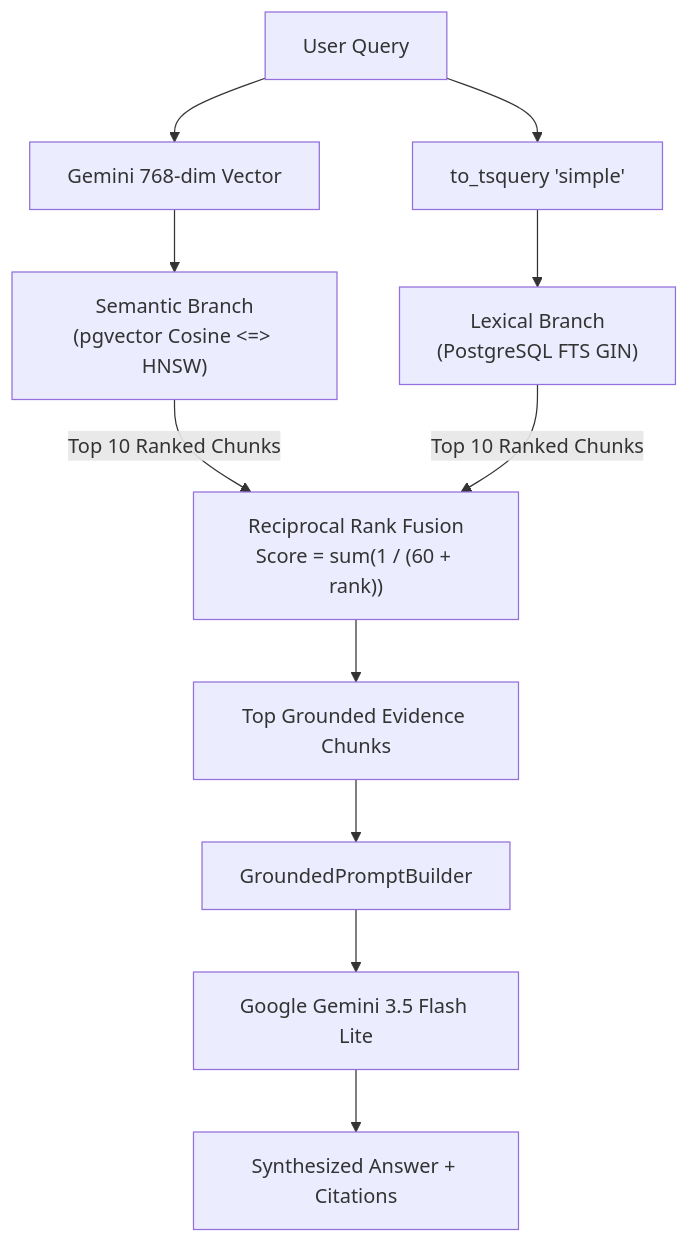
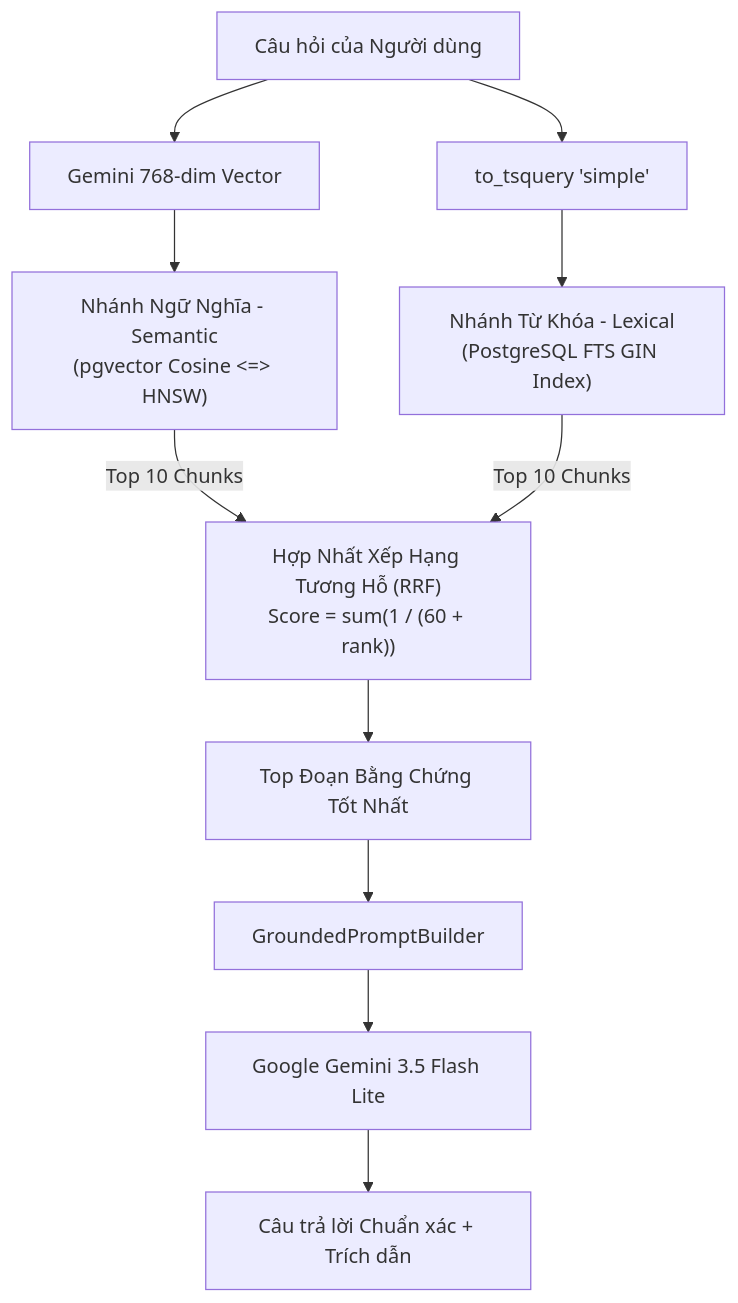
The fourth of 4 diagrams in docs/02_technical_reference/TECHNICAL_REFERENCE.md (dbp3206-source/group_sync), drawn with Mermaid before and after one commit. The commit also changed other lines of this file and 8 other files, not shown here.

````diff
--- a/docs/02_technical_reference/TECHNICAL_REFERENCE.md
+++ b/docs/02_technical_reference/TECHNICAL_REFERENCE.md
@@ -376,16 +314,16 @@
 ```mermaid
 graph TD
-    Query[User Query] --> Embed[Gemini 768-dim Vector]
+    Query[Câu hỏi của Người dùng] --> Embed[Gemini 768-dim Vector]
     Query --> FTS[to_tsquery 'simple']
 
-    Embed --> SemBranch["Semantic Branch<br>(pgvector Cosine <=> HNSW)"]
-    FTS --> LexBranch["Lexical Branch<br>(PostgreSQL FTS GIN)"]
+    Embed --> SemBranch["Nhánh Ngữ Nghĩa - Semantic<br>(pgvector Cosine <=> HNSW)"]
+    FTS --> LexBranch["Nhánh Từ Khóa - Lexical<br>(PostgreSQL FTS GIN Index)"]
 
-    SemBranch -->|Top 10 Ranked Chunks| RRF["Reciprocal Rank Fusion<br>Score = sum(1 / (60 + rank))"]
-    LexBranch -->|Top 10 Ranked Chunks| RRF
+    SemBranch -->|Top 10 Chunks| RRF["Hợp Nhất Xếp Hạng Tương Hỗ (RRF)<br>Score = sum(1 / (60 + rank))"]
+    LexBranch -->|Top 10 Chunks| RRF
 
-    RRF --> TopEvidence[Top Grounded Evidence Chunks]
+    RRF --> TopEvidence[Top Đoạn Bằng Chứng Tốt Nhất]
     TopEvidence --> PromptBuilder[GroundedPromptBuilder]
     PromptBuilder --> GeminiLLM[Google Gemini 3.5 Flash Lite]
-    GeminiLLM --> ChatOutput[Synthesized Answer + Citations]
+    GeminiLLM --> ChatOutput[Câu trả lời Chuẩn xác + Trích dẫn]
 ```
````
